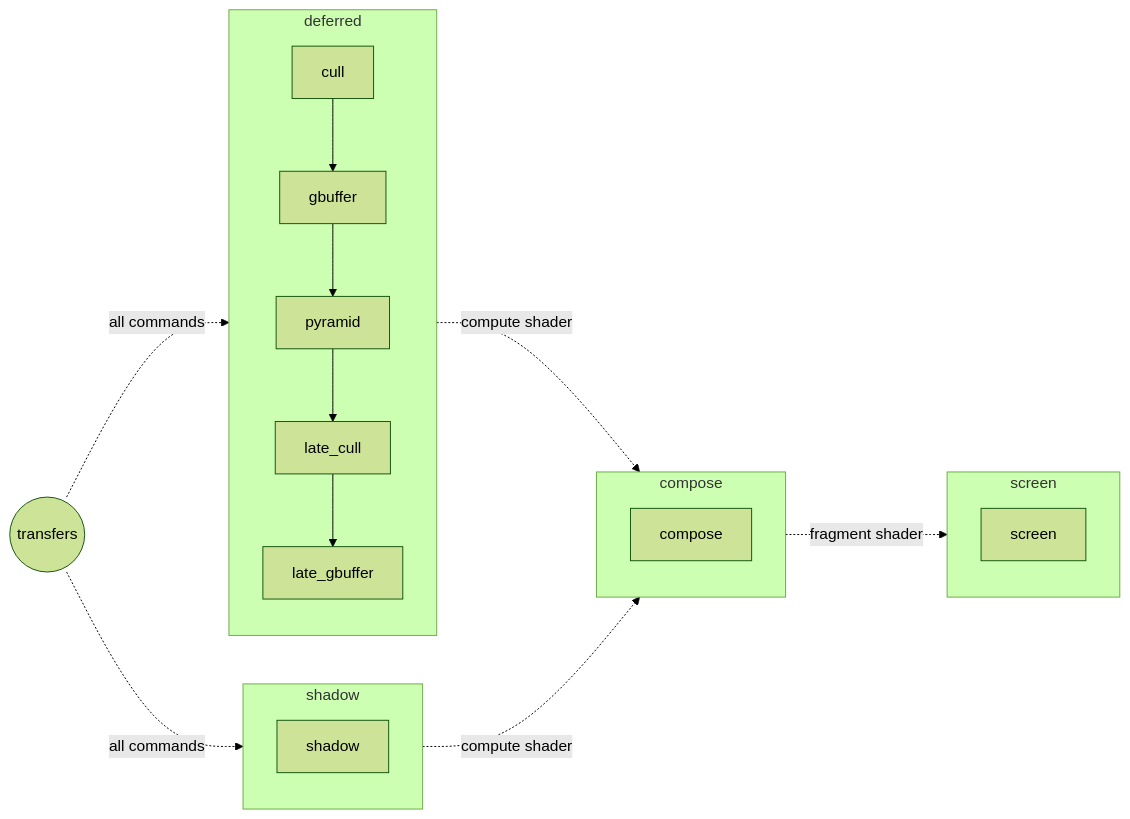
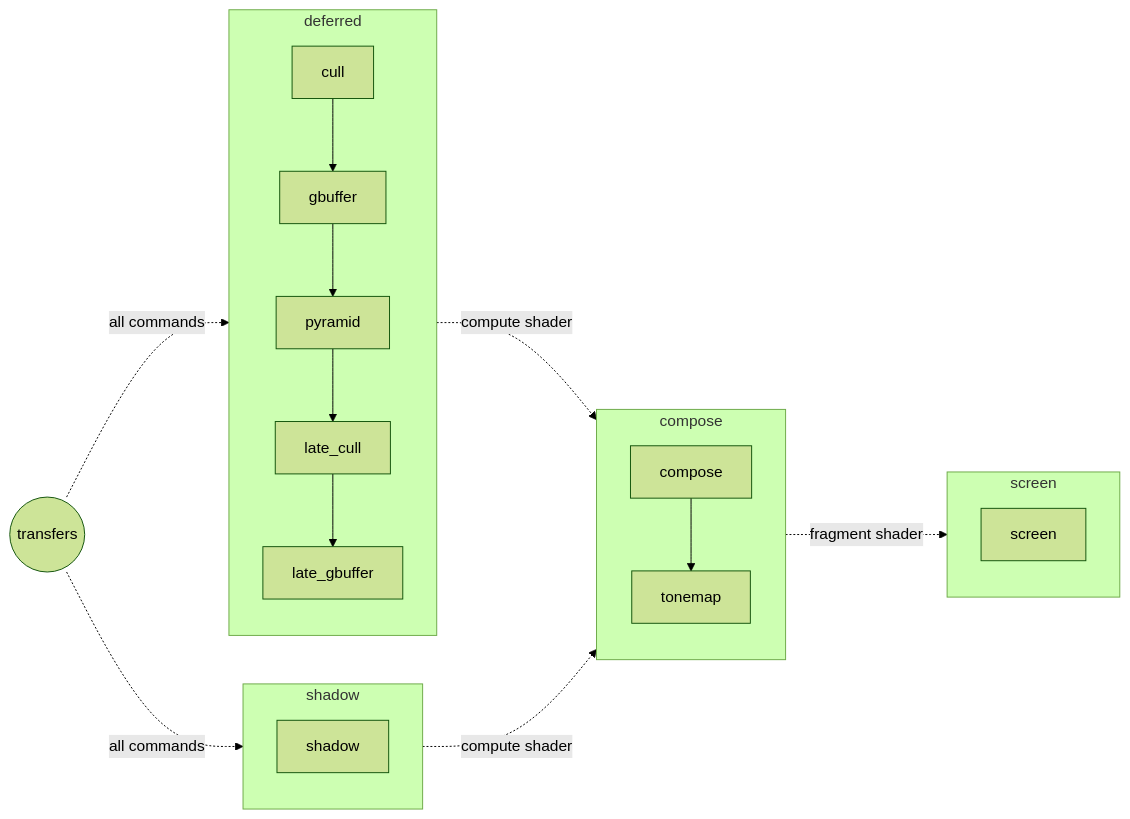
One commit to Kag-k-thun/Balder changed the diagram in doc/render-graph.md. Above: the diagram before and after it, drawn with Mermaid (forest theme). The commit also changed other lines of this file, not shown here.

Commit message:
[BAL-86][graph] docs: list the light the composition writes and the tonemap pass writing the output

````diff
--- a/doc/render-graph.md
+++ b/doc/render-graph.md
@@ -122,21 +122,21 @@
 ```mermaid
 flowchart LR
     transfers((transfers))
     subgraph deferred
         cull --> gbuffer --> pyramid --> late_cull --> late_gbuffer
     end
     subgraph shadow
         shadow_map[shadow]
     end
     subgraph compose
-        composition[compose]
+        composition[compose] --> tonemap
     end
     subgraph screen
         widgets[screen]
     end
     transfers -. all commands .-> deferred
     transfers -. all commands .-> shadow
     deferred -. compute shader .-> compose
     shadow -. compute shader .-> compose
     compose -. fragment shader .-> screen
 ```
````
